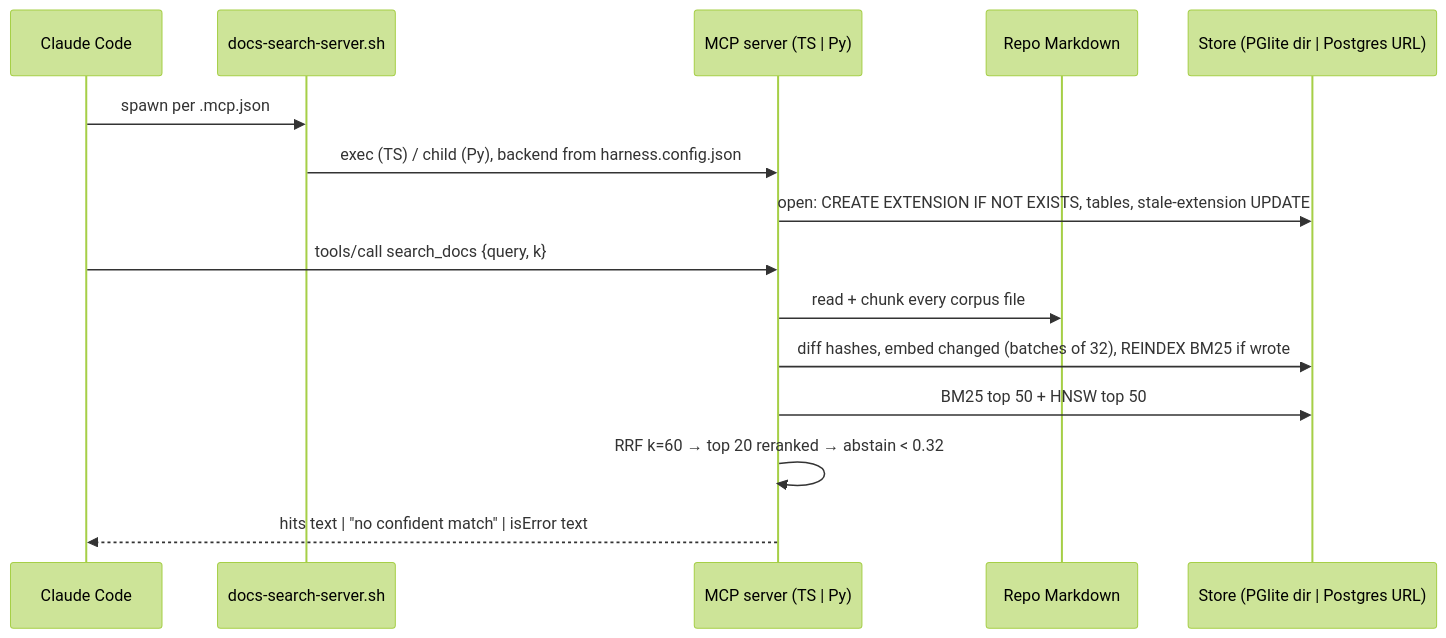
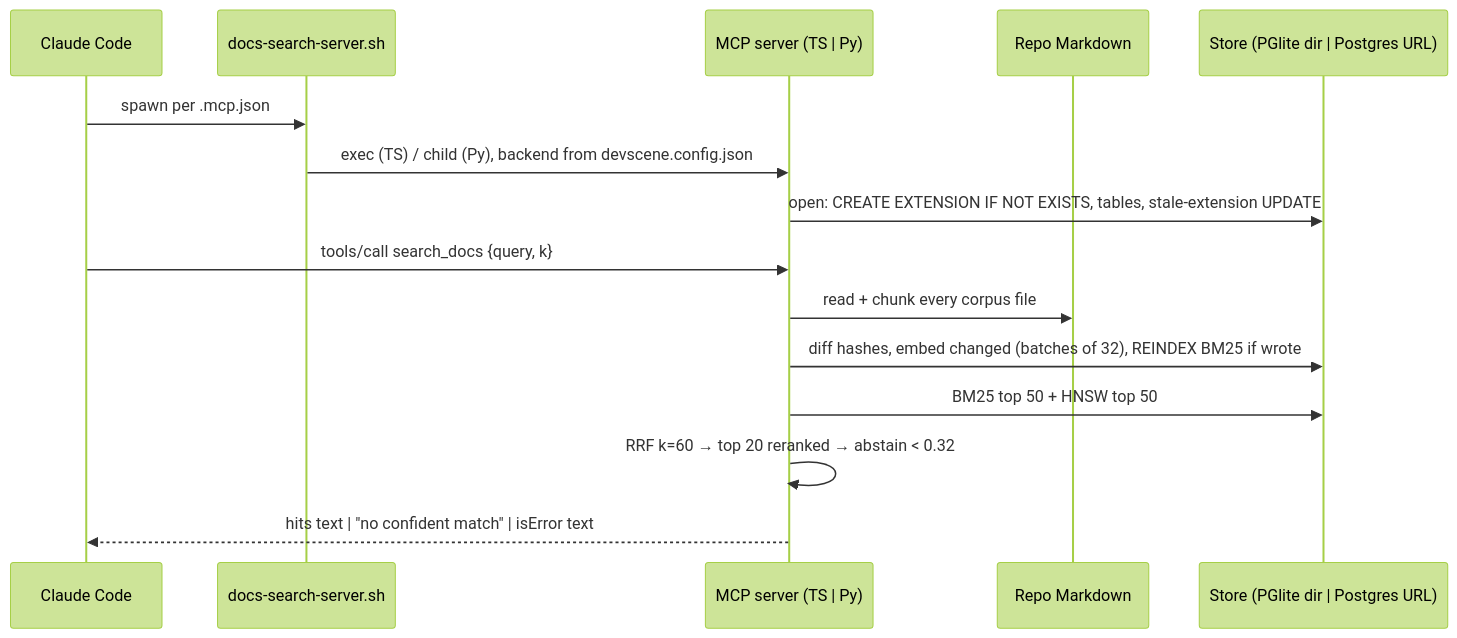
The diagram in docs/rag-extraction-research/01-current-mechanism.md (firu-daniel/autonomous-sdlc-harness), drawn with Mermaid (forest theme) before and after one commit. The commit also changed other lines of this file and 567 other files, not shown here.

````diff
--- a/docs/rag-extraction-research/01-current-mechanism.md
+++ b/docs/rag-extraction-research/01-current-mechanism.md
@@ -64,17 +64,17 @@
 ```mermaid
 sequenceDiagram
     participant CC as Claude Code
     participant L as docs-search-server.sh
     participant S as MCP server (TS | Py)
     participant FS as Repo Markdown
     participant DB as Store (PGlite dir | Postgres URL)
     CC->>L: spawn per .mcp.json
-    L->>S: exec (TS) / child (Py), backend from harness.config.json
+    L->>S: exec (TS) / child (Py), backend from devscene.config.json
     S->>DB: open: CREATE EXTENSION IF NOT EXISTS, tables, stale-extension UPDATE
     CC->>S: tools/call search_docs {query, k}
     S->>FS: read + chunk every corpus file
     S->>DB: diff hashes, embed changed (batches of 32), REINDEX BM25 if wrote
     S->>DB: BM25 top 50 + HNSW top 50
     S->>S: RRF k=60 → top 20 reranked → abstain < 0.32
     S-->>CC: hits text | "no confident match" | isError text
 ```
````
